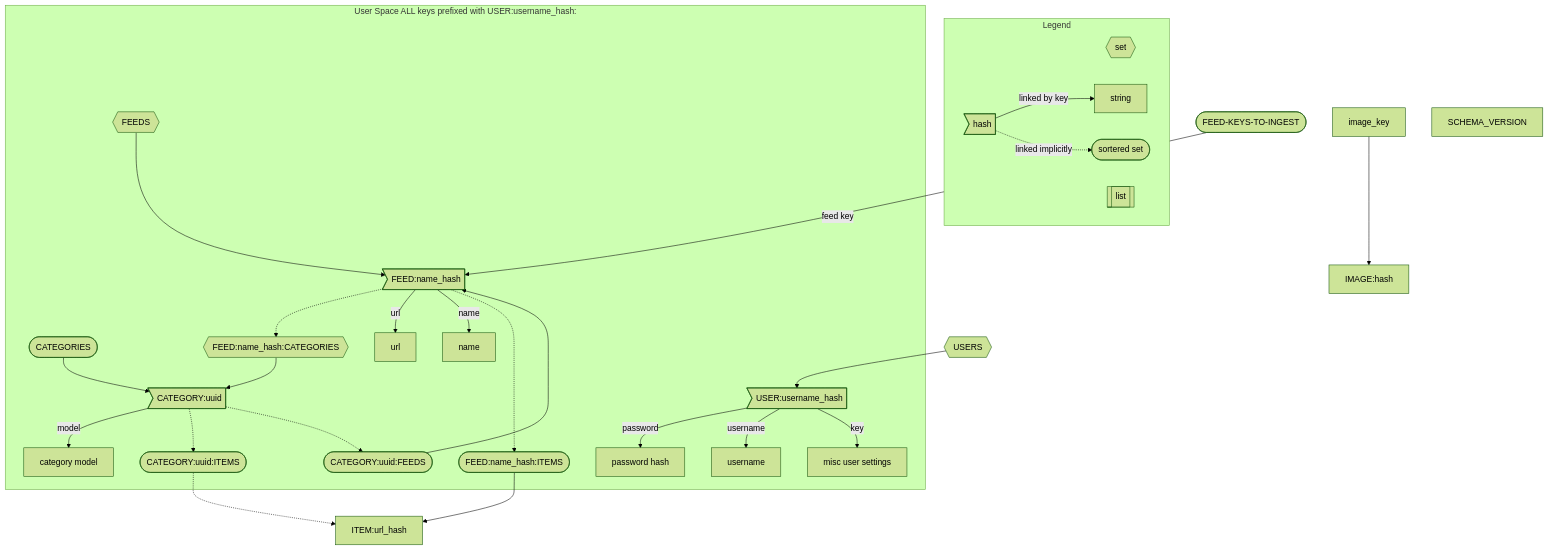
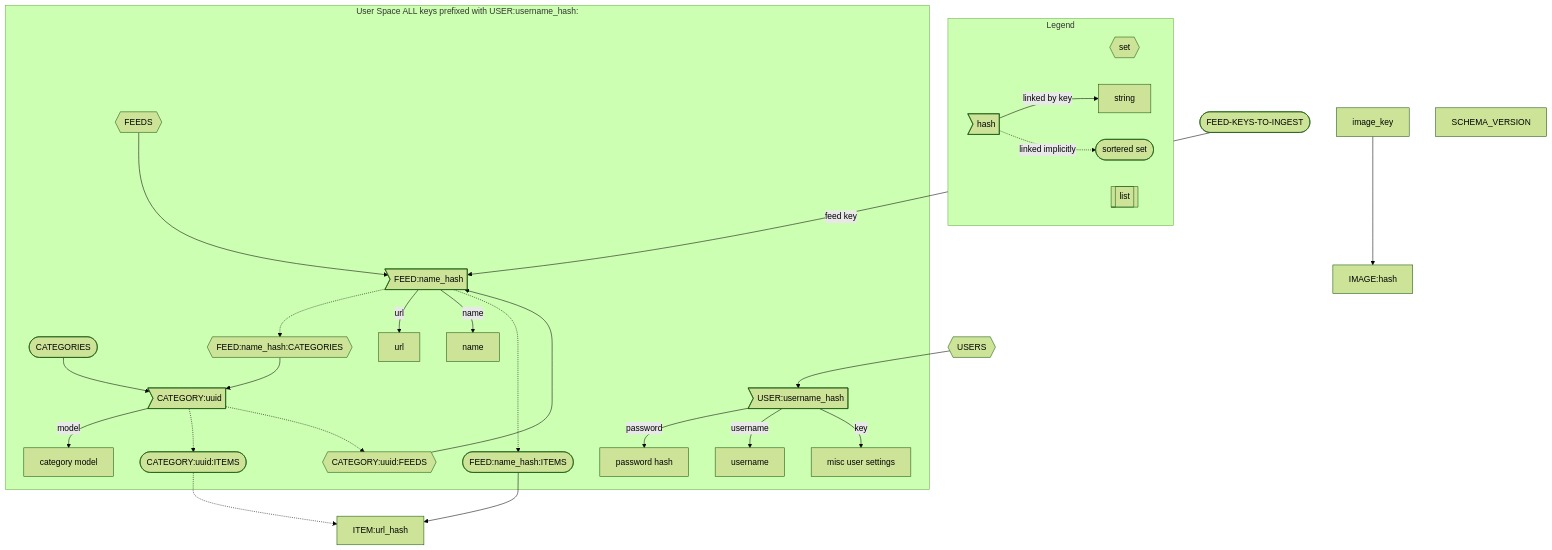
Before and after one commit to mullinmax/aggy: the diagram in README.md, drawn with Mermaid (forest theme). The commit also changed 3 other files, not shown here.

````diff
--- a/README.md
+++ b/README.md
@@ -24,58 +24,58 @@
 ```mermaid
 flowchart TB
     feeds_to_ingest([FEED-KEYS-TO-INGEST]) --feed key--> feed
 
     subgraph Legend
         direction LR
         set{{set}}
         sorted_set([sortered set])
         string[string]
         hash>hash]
         list[[list]]
         hash --linked by key-->string
         hash -.linked implicitly.-> sorted_set
     end
 
     subgraph User Space ALL keys prefixed with USER:username_hash:
         user>USER:username_hash]
         user--password--> password_hash[password hash]
         user--username--> username[username]
         user--key-->misc_user_settings[misc user settings]
 
         categories([CATEGORIES])
         category>CATEGORY:uuid]
         category_model[category model]
-        category_feeds([CATEGORY:uuid:FEEDS])
+        category_feeds{{CATEGORY:uuid:FEEDS}}
         category_items([CATEGORY:uuid:ITEMS])
         feed_categories{{FEED:name_hash:CATEGORIES}}
         feeds{{FEEDS}}
         feed>FEED:name_hash]
         feed_url[url]
         feed_name[name]
         items([FEED:name_hash:ITEMS])
 
 
         categories --> category
 
         category --model--> category_model
         category -.-> category_items
         category -.-> category_feeds
         category_feeds --> feed
         feeds --> feed
         feed -.-> feed_categories
         feed_categories --> category
         feed --url--> feed_url
         feed --name--> feed_name
         feed -.-> items
 
 
     end
 
     items-->item
     category_items -.-> item
     item[ITEM:url_hash]
     image_key-->image[IMAGE:hash]
     schema_version[SCHEMA_VERSION]
     users{{USERS}} --> user
 
 ```
````
